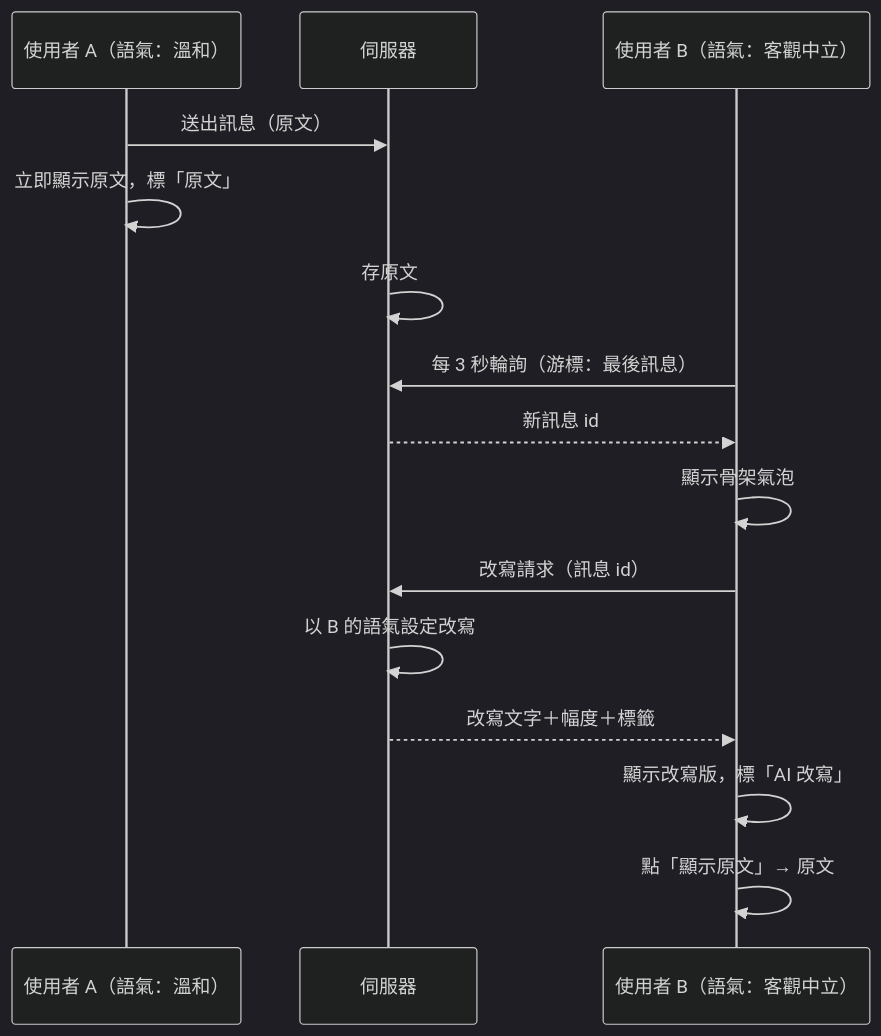
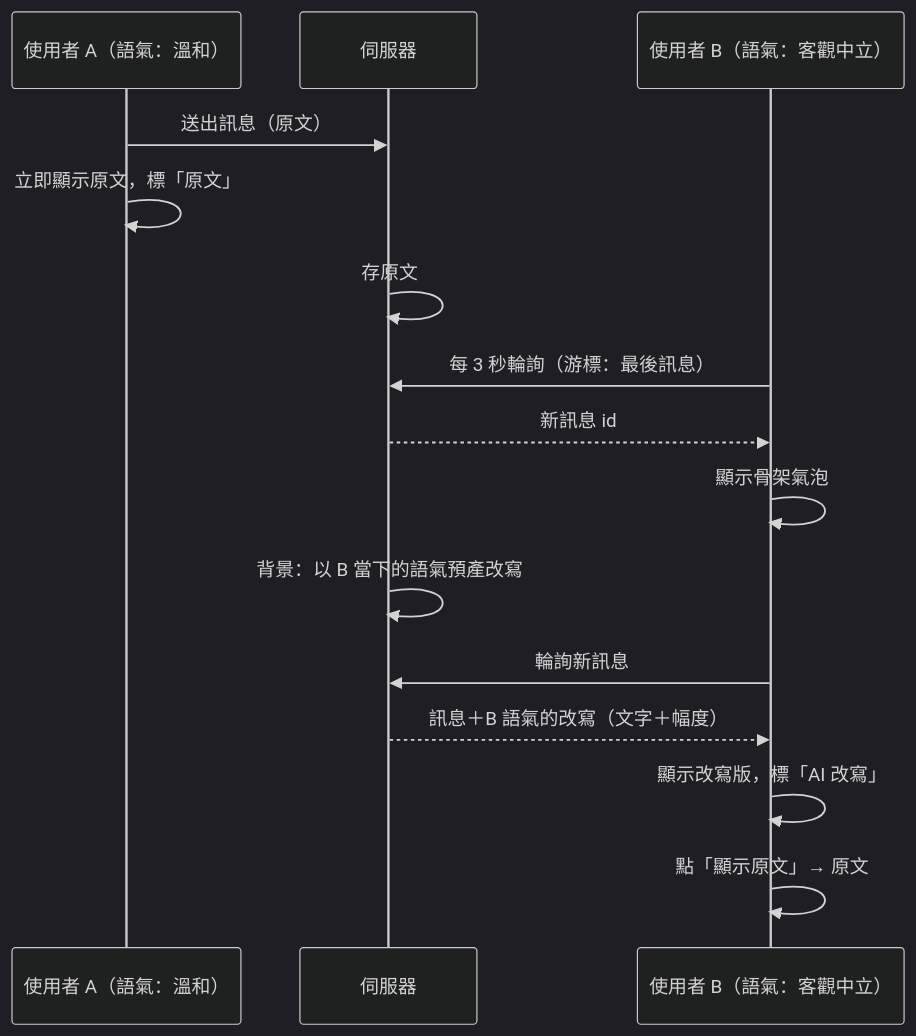
Before and after one commit to yeeway0609/ai-social: the diagram in backlog/docs/ai-social/doc-004 - 聊天室-PRD.md, drawn with Mermaid (dark theme). The commit also changed other lines of this file and 54 other files, not shown here.

````diff
--- a/backlog/docs/ai-social/doc-004 - 聊天室-PRD.md
+++ b/backlog/docs/ai-social/doc-004 - 聊天室-PRD.md
@@ -52,17 +52,17 @@
 ```mermaid
 sequenceDiagram
   participant A as 使用者 A（語氣：溫和）
   participant S as 伺服器
   participant B as 使用者 B（語氣：客觀中立）
   A->>S: 送出訊息（原文）
   A->>A: 立即顯示原文，標「原文」
   S->>S: 存原文
   B->>S: 每 3 秒輪詢（游標：最後訊息）
   S-->>B: 新訊息 id
   B->>B: 顯示骨架氣泡
-  B->>S: 改寫請求（訊息 id）
-  S->>S: 以 B 的語氣設定改寫
-  S-->>B: 改寫文字＋幅度＋標籤
+  S->>S: 背景：以 B 當下的語氣預產改寫
+  B->>S: 輪詢新訊息
+  S-->>B: 訊息＋B 語氣的改寫（文字＋幅度）
   B->>B: 顯示改寫版，標「AI 改寫」
   B->>B: 點「顯示原文」→ 原文
 ```
````
